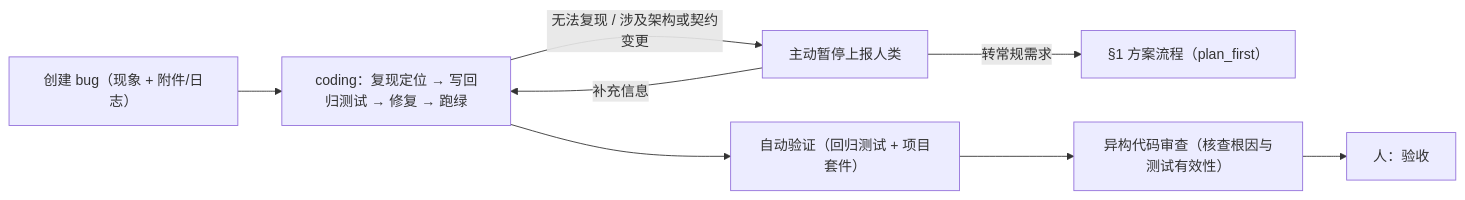
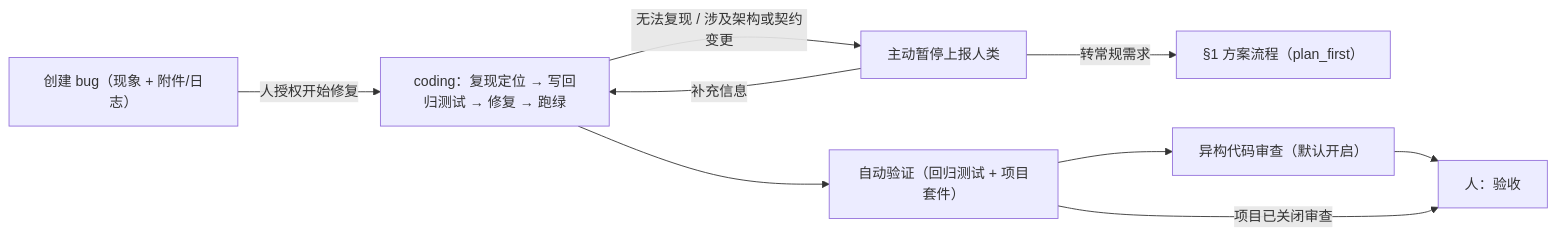
Before and after one commit to Jackie733/workbench: the second of 2 diagrams in docs/FLOW.md, drawn with Mermaid. The commit also changed other lines of this file, not shown here.

````diff
--- a/docs/FLOW.md
+++ b/docs/FLOW.md
@@ -79,10 +79,11 @@
 ```mermaid
 flowchart LR
-  A["创建 bug（现象 + 附件/日志）"] --> C["coding：复现定位 → 写回归测试 → 修复 → 跑绿"]
+  A["创建 bug（现象 + 附件/日志）"] -->|"人授权开始修复"| C["coding：复现定位 → 写回归测试 → 修复 → 跑绿"]
   C -->|"无法复现 / 涉及架构或契约变更"| H1["主动暂停上报人类"]
   H1 -->|"补充信息"| C
   H1 -->|"转常规需求"| P["§1 方案流程（plan_first）"]
   C --> V["自动验证（回归测试 + 项目套件）"]
-  V --> R["异构代码审查（核查根因与测试有效性）"]
+  V --> R["异构代码审查（默认开启）"]
   R --> H2["人：验收"]
+  V -->|"项目已关闭审查"| H2
 ```
````
